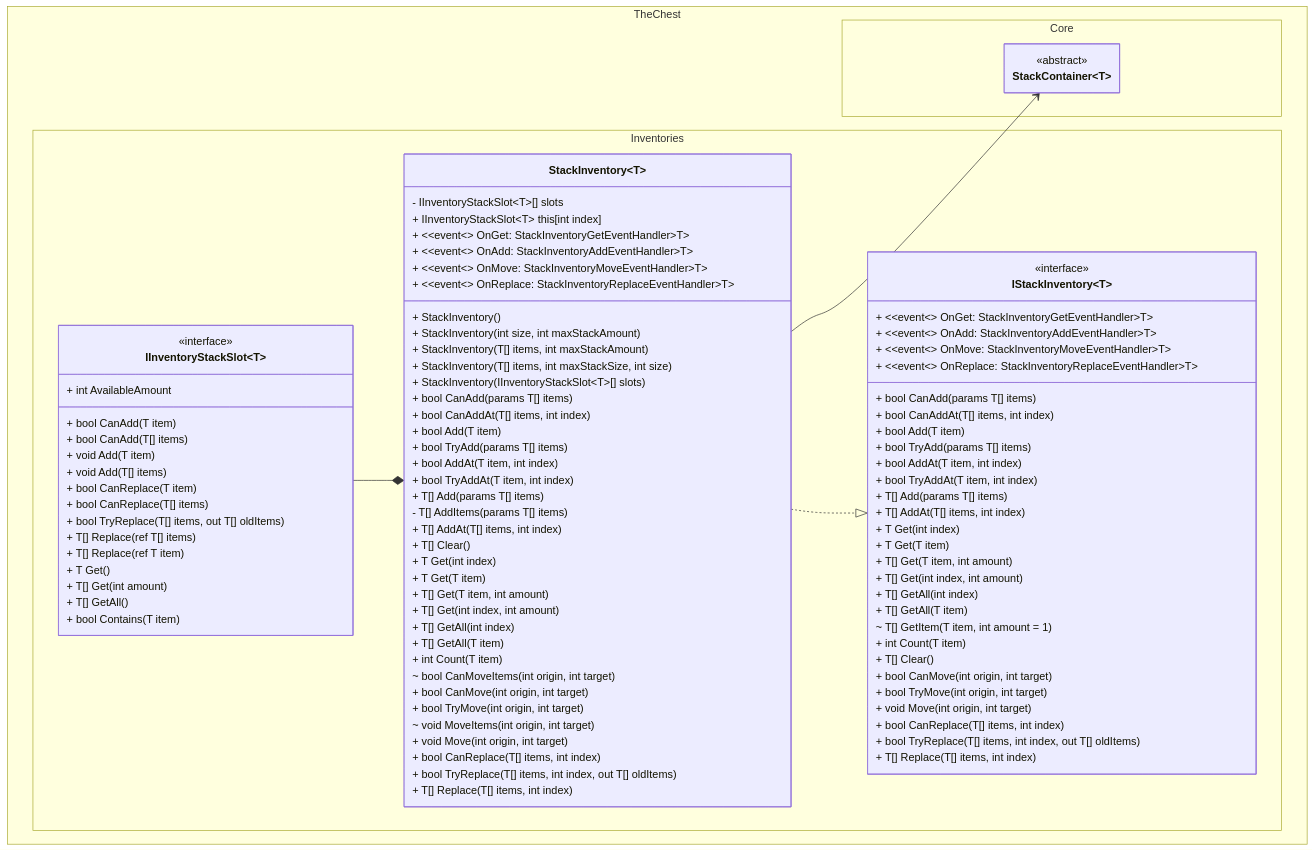
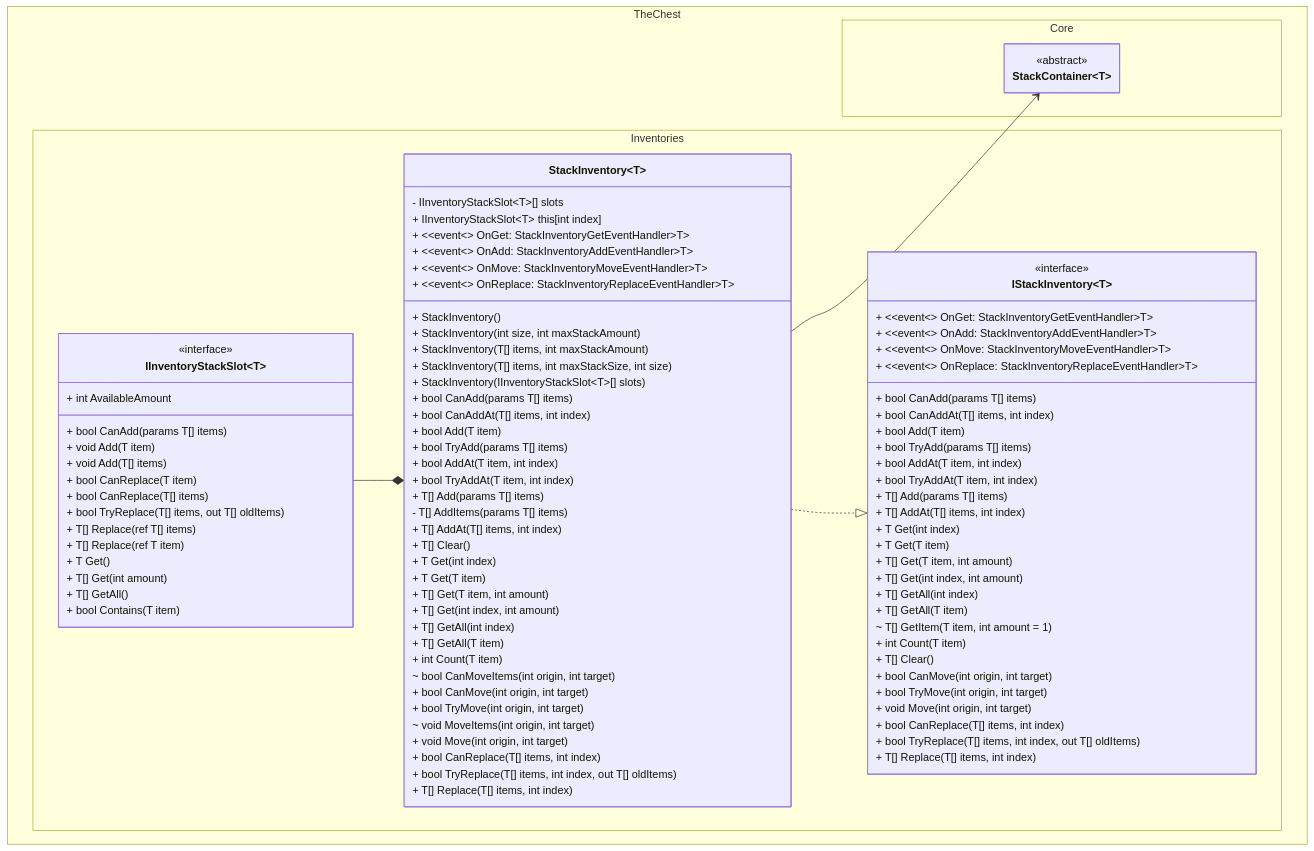
The first of 2 diagrams in docs/stack_inventory/class_diagram.md (The-Chest/TheChest.Inventories), drawn with Mermaid before and after one commit. The commit also changed other lines of this file and 4 other files, not shown here.

Commit message:
Removes obsolete single-item CanAdd in InventoryStackSlot

```diff
--- a/docs/stack_inventory/class_diagram.md
+++ b/docs/stack_inventory/class_diagram.md
@@ -69,8 +69,7 @@
         class IInventoryStackSlot~T~ {
             + int AvailableAmount 
 
-            + bool CanAdd(T item)
-            + bool CanAdd(T[] items)
+            + bool CanAdd(params T[] items)
             + void Add(T item)
             + void Add(T[] items)
 
```
